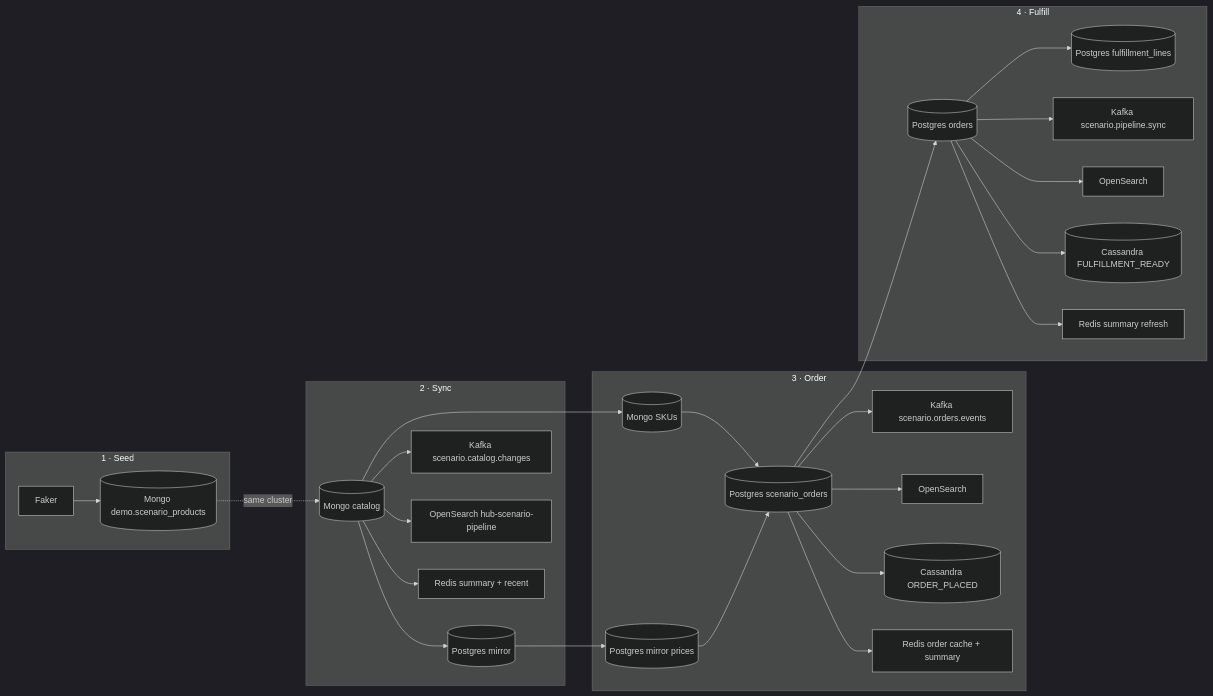
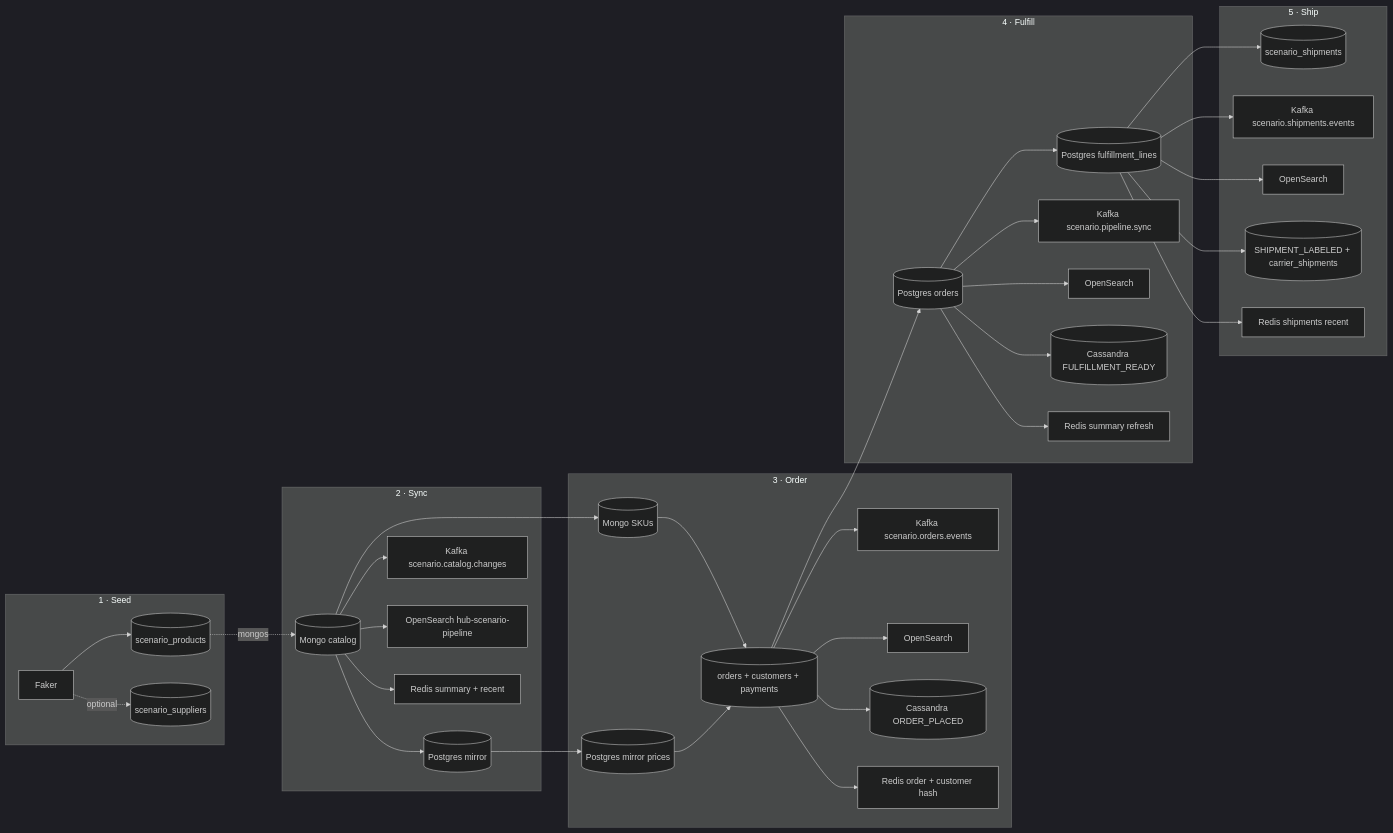
The first of 3 diagrams in mcac-demo-hub/dashboards/demo/deploy/docker/realtime-orders-search-hub/scenario-flow/README.md (daksh17/cassandra_testing), drawn with Mermaid (dark theme) before and after one commit. The commit also changed other lines of this file and 12 other files, not shown here.

First line of the commit message:
demo-hub: expand multi-DB scenario (customers, payments, shipments, docs)

````diff
--- a/mcac-demo-hub/dashboards/demo/deploy/docker/realtime-orders-search-hub/scenario-flow/README.md
+++ b/mcac-demo-hub/dashboards/demo/deploy/docker/realtime-orders-search-hub/scenario-flow/README.md
@@ -128,35 +144,44 @@
 ```mermaid
 flowchart LR
   subgraph s1 [1 · Seed]
-    F[Faker] --> M[(Mongo demo.scenario_products)]
+    F[Faker] --> M[(scenario_products)]
+    F -. optional .-> SUP[(scenario_suppliers)]
   end
 
   subgraph s2 [2 · Sync]
     M2[(Mongo catalog)] --> PG1[(Postgres mirror)]
     M2 --> K1[Kafka scenario.catalog.changes]
     M2 --> OS1[OpenSearch hub-scenario-pipeline]
     M2 --> R1[Redis summary + recent]
   end
 
   subgraph s3 [3 · Order]
-    M3[(Mongo SKUs)] --> PGO[(Postgres scenario_orders)]
+    M3[(Mongo SKUs)] --> PGO[(orders + customers + payments)]
     PGm[(Postgres mirror prices)] --> PGO
     PGO --> K2[Kafka scenario.orders.events]
     PGO --> OS2[OpenSearch]
     PGO --> CA1[(Cassandra ORDER_PLACED)]
-    PGO --> R2[Redis order cache + summary]
+    PGO --> R2[Redis order + customer hash]
   end
 
   subgraph s4 [4 · Fulfill]
     PGF[(Postgres orders)] --> PGL[(Postgres fulfillment_lines)]
     PGF --> K3[Kafka scenario.pipeline.sync]
     PGF --> OS3[OpenSearch]
     PGF --> CA2[(Cassandra FULFILLMENT_READY)]
     PGF --> R3[Redis summary refresh]
   end
 
-  M -.->|same cluster| M2
+  subgraph s5 [5 · Ship]
+    PGL --> SH[(scenario_shipments)]
+    PGL --> K4[Kafka scenario.shipments.events]
+    PGL --> OS4[OpenSearch]
+    PGL --> CA3[(SHIPMENT_LABELED + carrier_shipments)]
+    PGL --> R4[Redis shipments recent]
+  end
+
+  M -.->|mongos| M2
   M2 --> M3
   PG1 --> PGm
   PGO --> PGF
 ```
````
